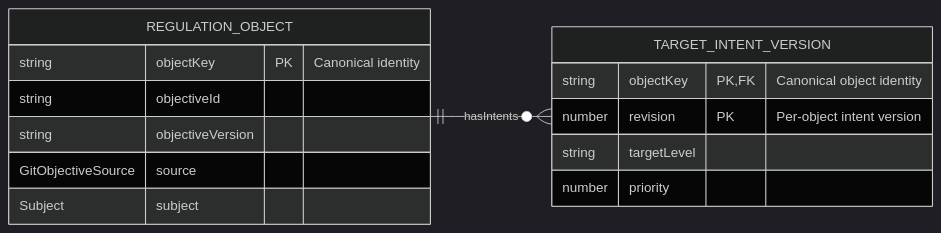
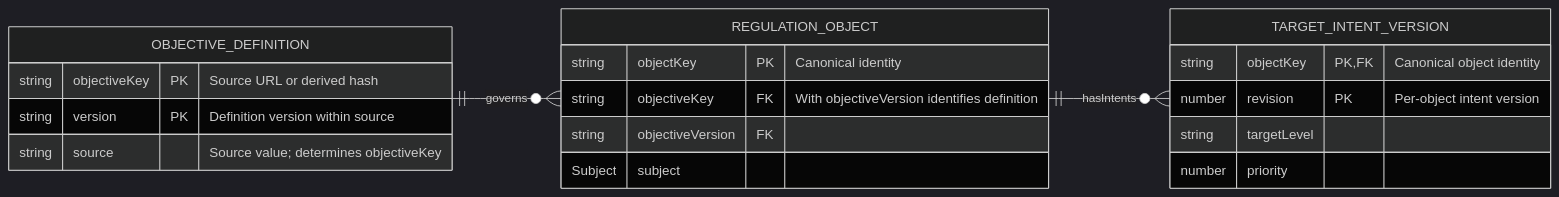
One commit to shazhou-ww/potential-guide changed the first of 2 diagrams in .silvermoon/ideas/01M5E7N9F5Y0ZN1SYKDFYEVA20/outer/inner/ideal/Types.md. Above: the diagram before and after it, drawn with Mermaid (dark theme). The commit also changed other lines of this file and 3 other files, not shown here.

Commit message:
docs: clarify objective definition and regulation object boundaries

````diff
--- a/.silvermoon/ideas/01M5E7N9F5Y0ZN1SYKDFYEVA20/outer/inner/ideal/Types.md
+++ b/.silvermoon/ideas/01M5E7N9F5Y0ZN1SYKDFYEVA20/outer/inner/ideal/Types.md
@@ -23,19 +34,24 @@
 ```mermaid
 erDiagram
     direction LR
+    OBJECTIVE_DEFINITION ||--o{ REGULATION_OBJECT : governs
     REGULATION_OBJECT ||--o{ TARGET_INTENT_VERSION : hasIntents
 
+    OBJECTIVE_DEFINITION {
+        string objectiveKey PK "Source URL or derived hash"
+        string version PK "Definition version within source"
+        string source "Source value; determines objectiveKey"
+    }
     TARGET_INTENT_VERSION {
         string objectKey PK, FK "Canonical object identity"
         number revision PK "Per-object intent version"
         string targetLevel
         number priority
     }
     REGULATION_OBJECT {
         string objectKey PK "Canonical identity"
-        string objectiveId
-        string objectiveVersion
-        GitObjectiveSource source
+        string objectiveKey FK "With objectiveVersion identifies definition"
+        string objectiveVersion FK
         Subject subject
     }
 ```
````
